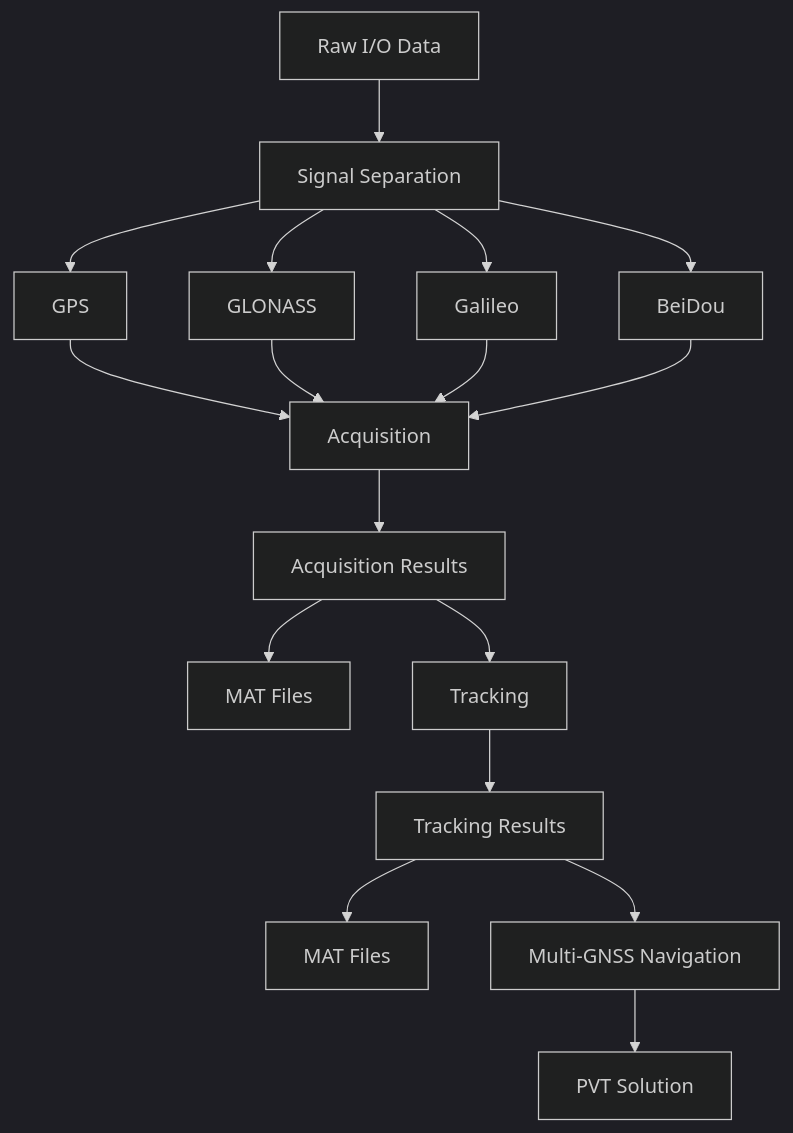
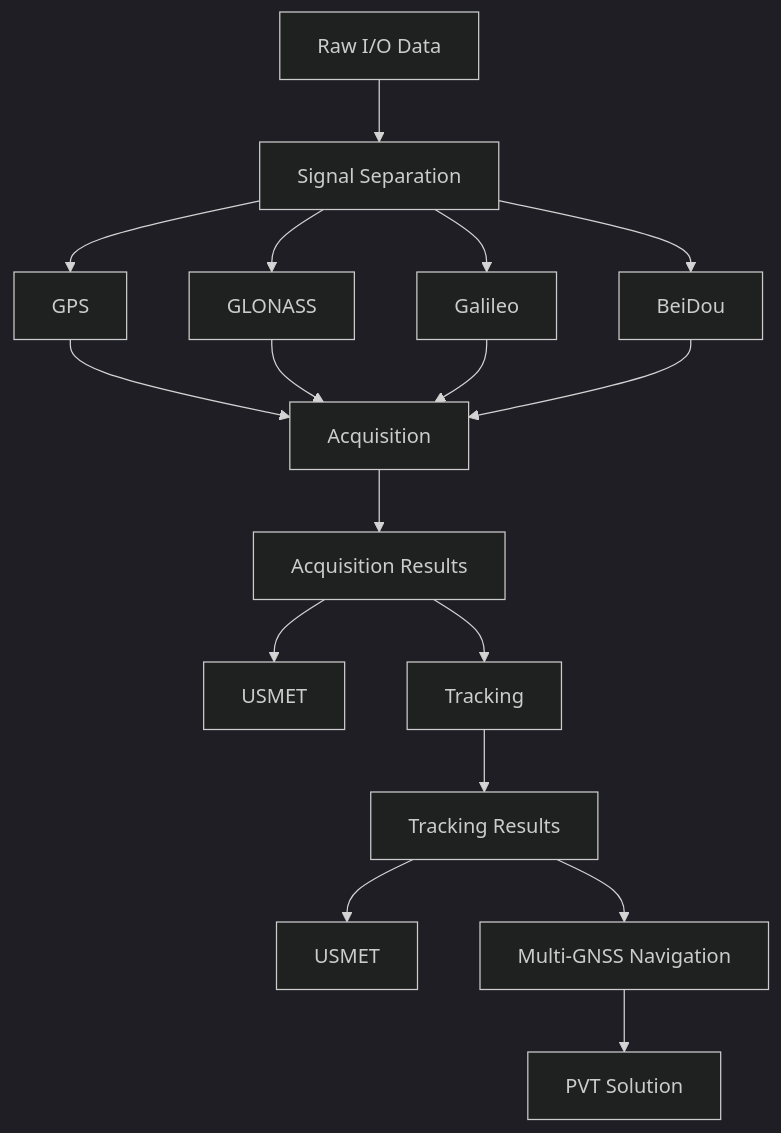
Before and after one commit to MiCkEyZzZ/glrx: the diagram in README.md, drawn with Mermaid (dark theme).

````diff
--- a/README.md
+++ b/README.md
@@ -12,27 +12,27 @@
 ```mermaid
 flowchart TD
 
 A[Raw I/O Data] --> B[Signal Separation]
 
 B --> B1[GPS]
 B --> B2[GLONASS]
 B --> B3[Galileo]
 B --> B4[BeiDou]
 
 B1 --> C[Acquisition]
 B2 --> C
 B3 --> C
 B4 --> C
 
 C --> D[Acquisition Results]
-D --> E[MAT Files]
+D --> E[USMET]
 
 D --> F[Tracking]
 
 F --> G[Tracking Results]
-G --> H[MAT Files]
+G --> H[USMET]
 
 G --> I[Multi-GNSS Navigation]
 
 I --> J[PVT Solution]
 ```
````
